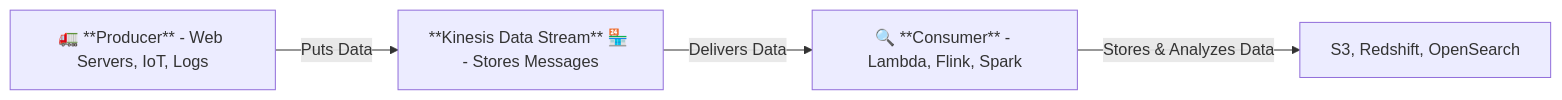
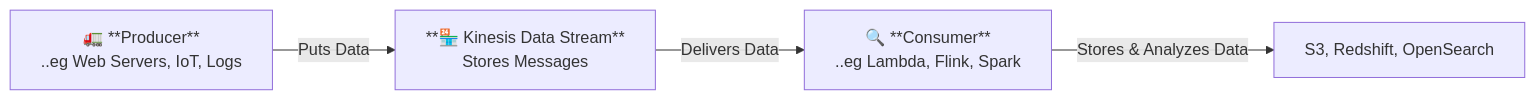
One commit to hadywafa/AwsHub changed the first of 2 diagrams in aws-services/11.analytics/kds/1.1.kds.md. Above: the diagram before and after it, drawn with Mermaid. The commit also changed other lines of this file and 1 other file, not shown here.

Commit message:
firehose

````diff
--- a/aws-services/11.analytics/kds/1.1.kds.md
+++ b/aws-services/11.analytics/kds/1.1.kds.md
@@ -46,6 +46,6 @@
 ```mermaid
 graph LR
-    A[🚛 **Producer** - Web Servers, IoT, Logs] -->|Puts Data| B[**Kinesis Data Stream** 🏪 - Stores Messages]
-    B -->|Delivers Data| C[🔍 **Consumer** - Lambda, Flink, Spark]
+    A[🚛 **Producer** </br> ..eg Web Servers, IoT, Logs] -->|Puts Data| B[**🏪 Kinesis Data Stream**  </br> Stores Messages]
+    B -->|Delivers Data| C[🔍 **Consumer** </br> ..eg  Lambda, Flink, Spark]
     C -->|Stores & Analyzes Data| D[S3, Redshift, OpenSearch]
 ```
````
